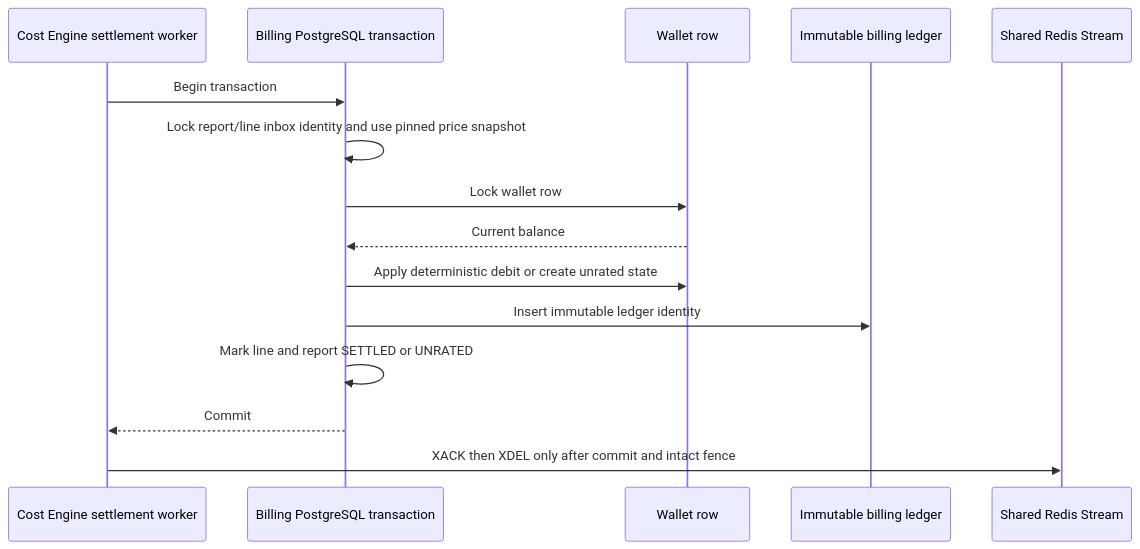
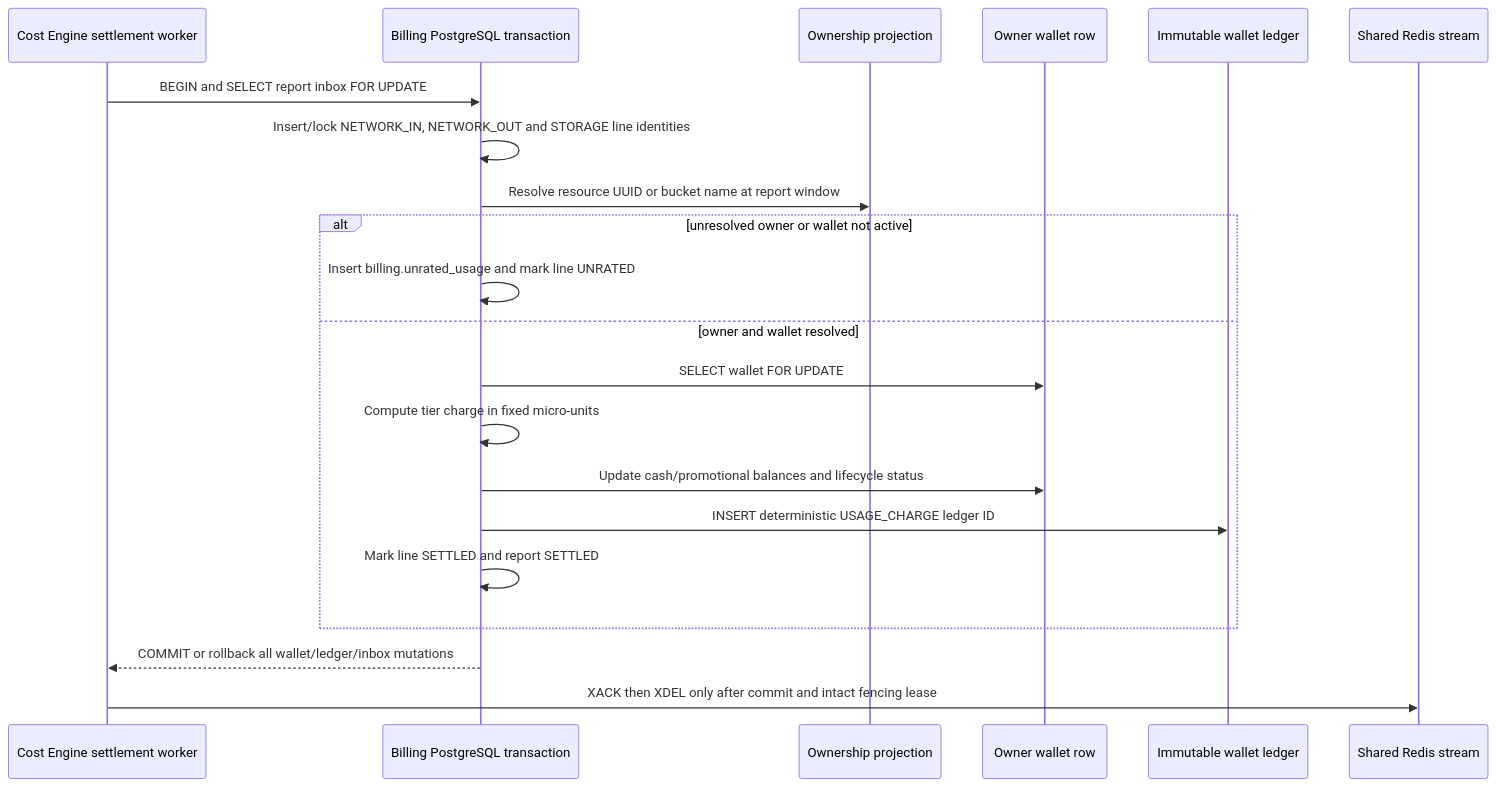
Before and after one commit to phucle996/aurora: the third of 3 diagrams in god_view/billing/billing_storage_usage_settlement_god_view_workflow.md, drawn with Mermaid. The commit also changed other lines of this file and 59 other files, not shown here.

````diff
--- a/god_view/billing/billing_storage_usage_settlement_god_view_workflow.md
+++ b/god_view/billing/billing_storage_usage_settlement_god_view_workflow.md
@@ -103,18 +115,24 @@
 ```mermaid
 sequenceDiagram
     participant E as Cost Engine settlement worker
     participant P as Billing PostgreSQL transaction
-    participant W as Wallet row
-    participant L as Immutable billing ledger
-    participant R as Shared Redis Stream
+    participant O as Ownership projection
+    participant W as Owner wallet row
+    participant L as Immutable wallet ledger
+    participant R as Shared Redis stream
 
-    E->>P: Begin transaction
-    P->>P: Lock report/line inbox identity and use pinned price snapshot
-    P->>W: Lock wallet row
-    W-->>P: Current balance
-    P->>W: Apply deterministic debit or create unrated state
-    P->>L: Insert immutable ledger identity
-    P->>P: Mark line and report SETTLED or UNRATED
-    P-->>E: Commit
-    E->>R: XACK then XDEL only after commit and intact fence
+    E->>P: BEGIN and SELECT report inbox FOR UPDATE
+    P->>P: Insert/lock NETWORK_IN, NETWORK_OUT and STORAGE line identities
+    P->>O: Resolve resource UUID or bucket name at report window
+    alt unresolved owner or wallet not active
+        P->>P: Insert billing.unrated_usage and mark line UNRATED
+    else owner and wallet resolved
+        P->>W: SELECT wallet FOR UPDATE
+        P->>P: Compute tier charge in fixed micro-units
+        P->>W: Update cash/promotional balances and lifecycle status
+        P->>L: INSERT deterministic USAGE_CHARGE ledger ID
+        P->>P: Mark line SETTLED and report SETTLED
+    end
+    P-->>E: COMMIT or rollback all wallet/ledger/inbox mutations
+    E->>R: XACK then XDEL only after commit and intact fencing lease
 ```
````
